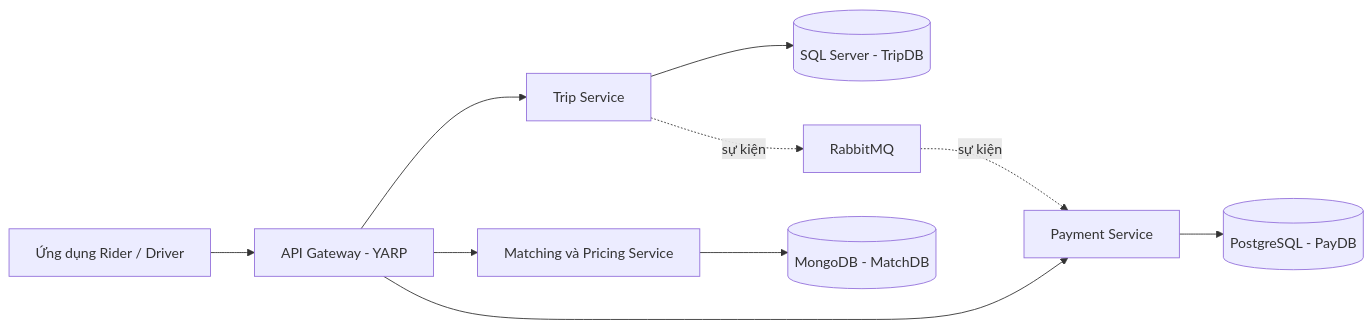
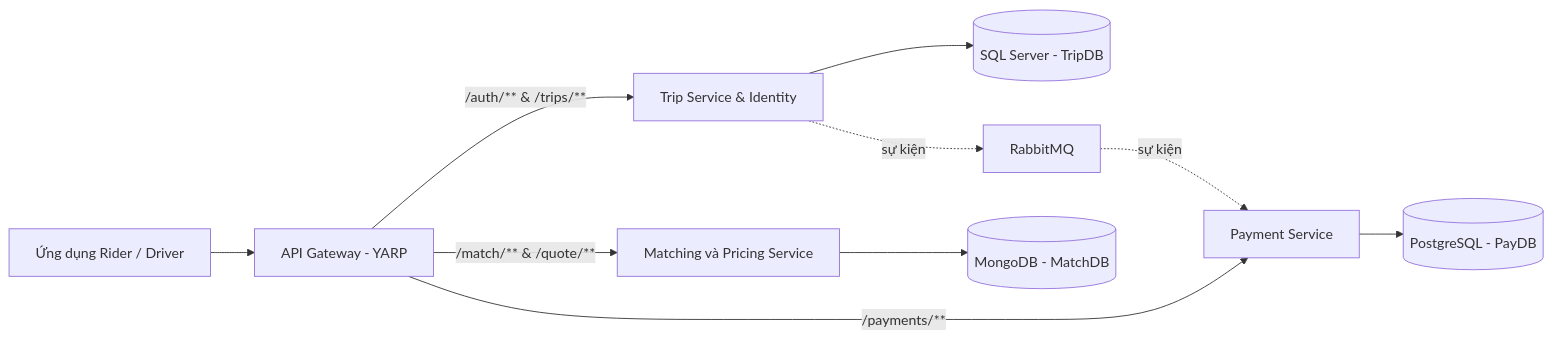
One commit to lehs-dev/ride-lite changed the diagram in README.md. Above: the diagram before and after it, drawn with Mermaid. The commit also changed other lines of this file and 48 other files, not shown here.

````diff
--- a/README.md
+++ b/README.md
@@ -7,12 +20,12 @@
 ```mermaid
 flowchart LR
   Clients[Ứng dụng Rider / Driver] --> Gateway[API Gateway - YARP]
-  Gateway --> Trip[Trip Service]
-  Gateway --> Match[Matching và Pricing Service]
-  Gateway --> Pay[Payment Service]
+  Gateway -->|/auth/** & /trips/**| Trip[Trip Service & Identity]
+  Gateway -->|/match/** & /quote/**| Match[Matching và Pricing Service]
+  Gateway -->|/payments/**| Pay[Payment Service]
   Trip --> SQL[(SQL Server - TripDB)]
   Match --> Mongo[(MongoDB - MatchDB)]
   Pay --> PG[(PostgreSQL - PayDB)]
   Trip -. sự kiện .-> MQ[RabbitMQ]
   MQ -. sự kiện .-> Pay
 ```
````
